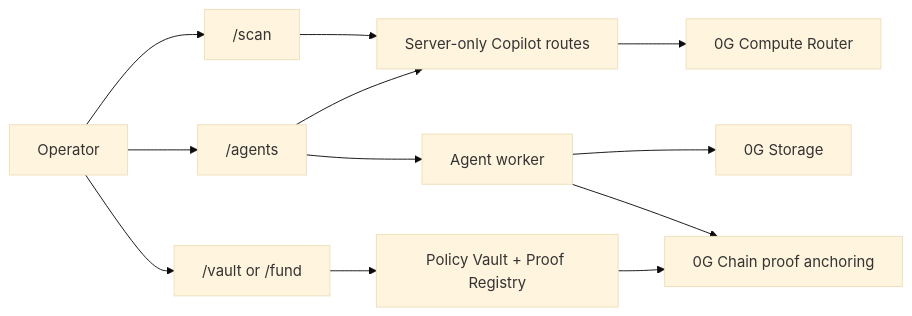
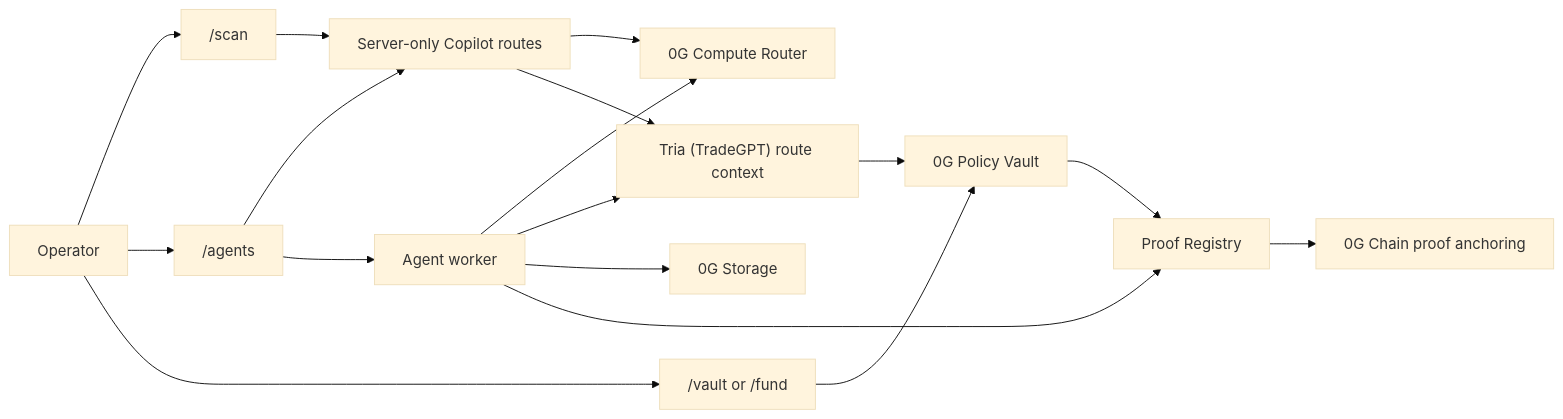
The diagram in README.md (kann420/4lpha-0G), drawn with Mermaid (base theme) before and after one commit. The commit also changed other lines of this file, not shown here.

Commit message:
docs: add Tria TradeGPT to product flow

````diff
--- a/README.md
+++ b/README.md
@@ -50,25 +51,32 @@
 ```mermaid
 flowchart LR
   User["Operator"]
   Scan["/scan"]
   Agents["/agents"]
   Vault["/vault or /fund"]
   Chat["Server-only Copilot routes"]
   Compute["0G Compute Router"]
+  Tria["Tria (TradeGPT) route context"]
   Storage["0G Storage"]
   Chain["0G Chain proof anchoring"]
-  Contracts["Policy Vault + Proof Registry"]
+  VaultPolicy["0G Policy Vault"]
+  Proof["Proof Registry"]
   Worker["Agent worker"]
 
   User --> Scan
   User --> Agents
   User --> Vault
   Scan --> Chat
   Agents --> Chat
   Chat --> Compute
+  Chat --> Tria
   Agents --> Worker
+  Worker --> Compute
+  Worker --> Tria
+  Tria --> VaultPolicy
+  Vault --> VaultPolicy
+  VaultPolicy --> Proof
   Worker --> Storage
-  Worker --> Chain
-  Vault --> Contracts
-  Contracts --> Chain
+  Worker --> Proof
+  Proof --> Chain
 ```
````
